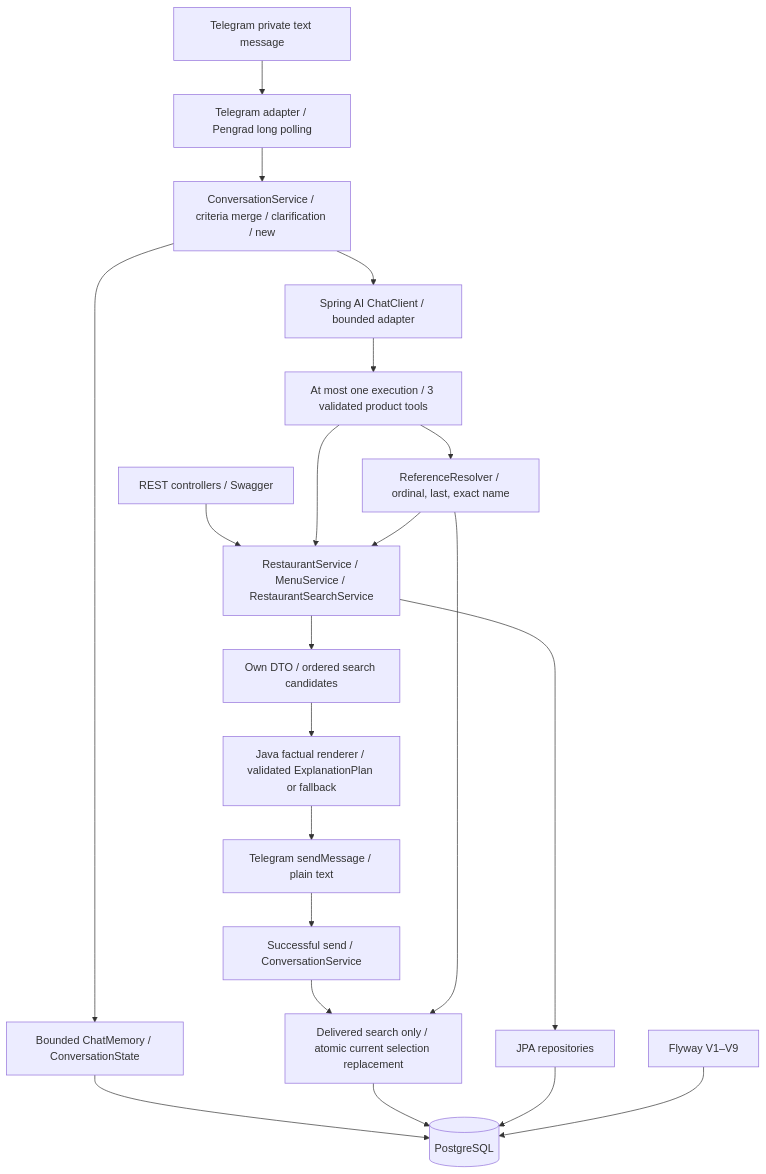
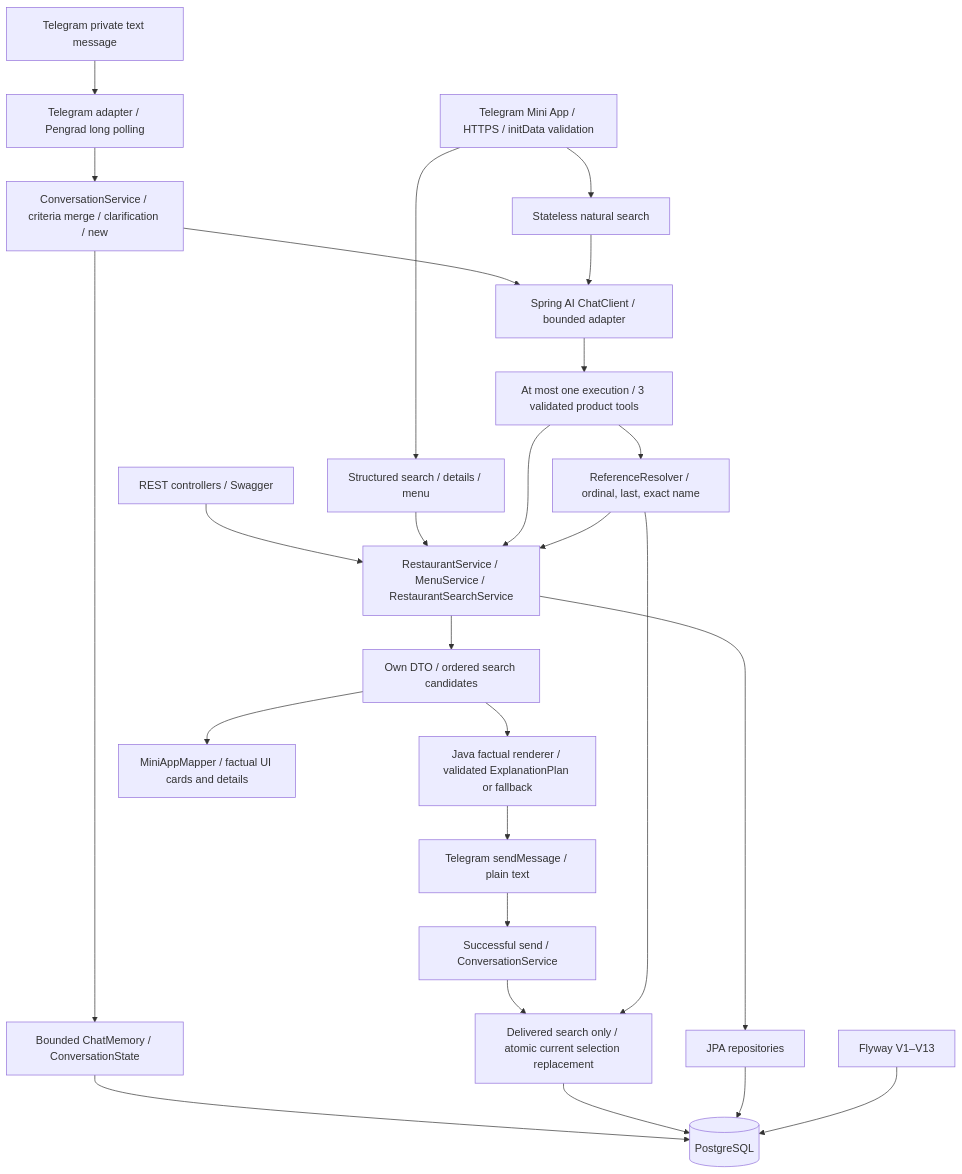
The diagram in docs/ARCHITECTURE.md (ilyakutarba-source/minsk-restaurant-ai-bot), drawn with Mermaid before and after one commit. The commit also changed other lines of this file and 5 other files, not shown here.

````diff
--- a/docs/ARCHITECTURE.md
+++ b/docs/ARCHITECTURE.md
@@ -9,23 +13,28 @@
 ```mermaid
 flowchart TD
     TELEGRAM[Telegram private text message] --> TRANSPORT[Telegram adapter / Pengrad long polling]
     TRANSPORT --> CONVERSATION[ConversationService / criteria merge / clarification / new]
     CONVERSATION --> MEMORY[Bounded ChatMemory / ConversationState]
     MEMORY --> PG
     CONVERSATION --> AI
     REST[REST controllers / Swagger] --> SERVICES[RestaurantService / MenuService / RestaurantSearchService]
+    MINIAPP[Telegram Mini App / HTTPS / initData validation] --> MANUAL[Structured search / details / menu]
+    MINIAPP --> NATURAL[Stateless natural search]
+    MANUAL --> SERVICES
+    NATURAL --> AI
     AI[Spring AI ChatClient / bounded adapter] --> TOOL[At most one execution / 3 validated product tools]
     TOOL --> SERVICES
     TOOL --> REFERENCE
     SERVICES --> DTO[Own DTO / ordered search candidates]
     DTO --> CARDS[Java factual renderer / validated ExplanationPlan or fallback]
+    DTO --> MAPPER[MiniAppMapper / factual UI cards and details]
     CARDS --> SEND[Telegram sendMessage / plain text]
     SEND --> DELIVERED[Successful send / ConversationService]
     DELIVERED --> SELECTION[Delivered search only / atomic current selection replacement]
     SELECTION --> PG
     REFERENCE[ReferenceResolver / ordinal, last, exact name] --> SELECTION
     REFERENCE --> SERVICES
     SERVICES --> JPA[JPA repositories]
     JPA --> PG[(PostgreSQL)]
-    FLYWAY[Flyway V1–V9] --> PG
+    FLYWAY[Flyway V1–V13] --> PG
 ```
````
